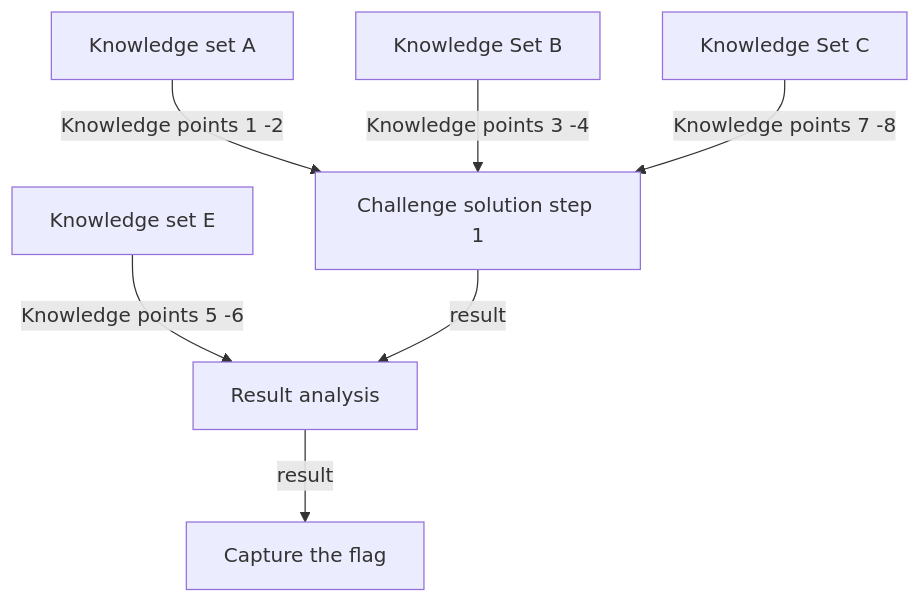
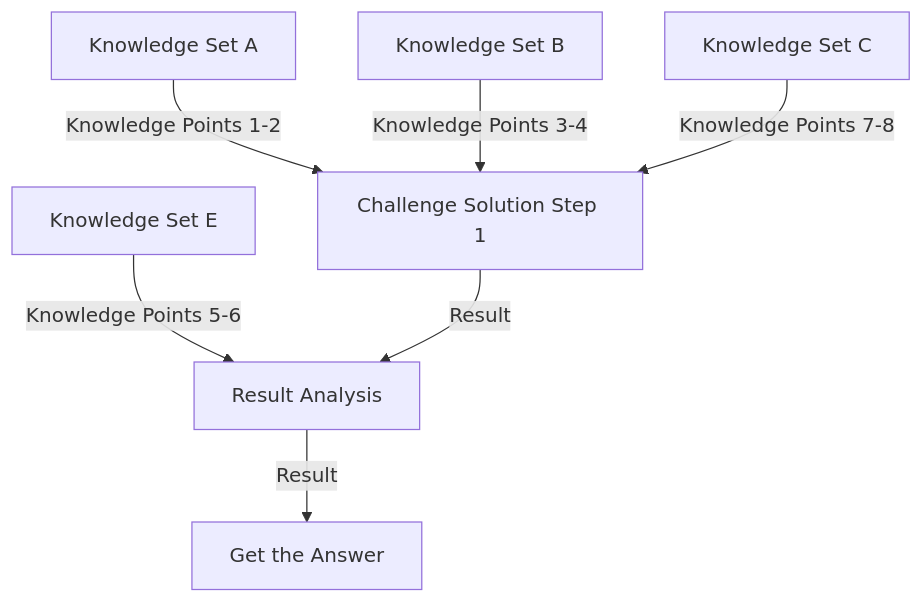
The first of 4 diagrams in others/LLM_On_CyberSecurityQuestions/LLM_On_CyberSecurityQuestions.md (LiuYuancheng/IT_OT_IoT_Cyber_Security_Workshop), drawn with Mermaid before and after one commit. The commit also changed other lines of this file, not shown here.

Commit message:
update the result analysis and summary.

````diff
--- a/others/LLM_On_CyberSecurityQuestions/LLM_On_CyberSecurityQuestions.md
+++ b/others/LLM_On_CyberSecurityQuestions/LLM_On_CyberSecurityQuestions.md
@@ -334,10 +349,10 @@
 ```mermaid
 flowchart TD
-    A[Knowledge set A] --> |Knowledge points 1 -2| D 
-    B[Knowledge Set B] --> |Knowledge points 3 -4| D
-    C[Knowledge Set C] --> |Knowledge points 7 -8| D
-    E[Knowledge set E] --> |Knowledge points 5 -6| F
-    D[Challenge solution step 1] -->|result| F
-    F[Result analysis]-->|result| G
-    G[Capture the flag]
+    A[Knowledge Set A] --> |Knowledge Points 1-2| D 
+    B[Knowledge Set B] --> |Knowledge Points 3-4| D
+    C[Knowledge Set C] --> |Knowledge Points 7-8| D
+    E[Knowledge Set E] --> |Knowledge Points 5-6| F
+    D[Challenge Solution Step 1] --> |Result| F
+    F[Result Analysis] --> |Result| G
+    G[Get the Answer]
 ```
````
